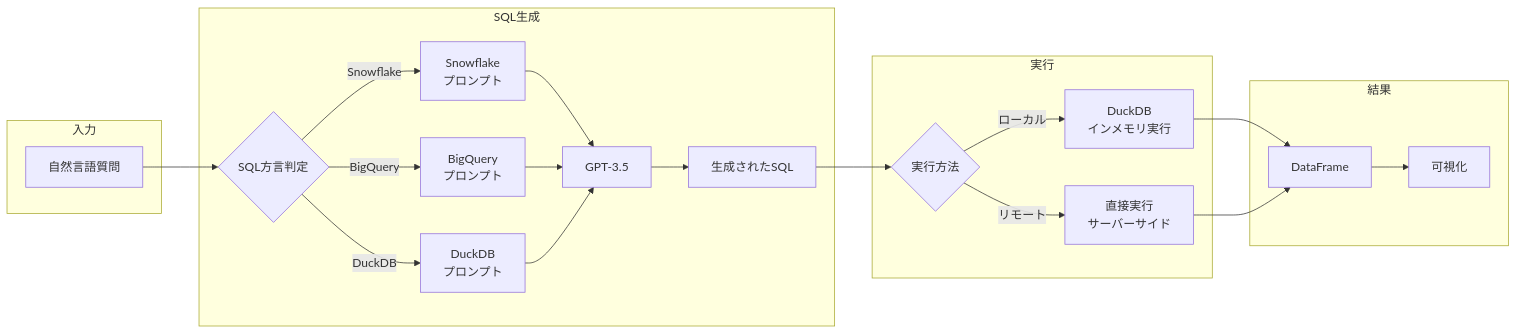
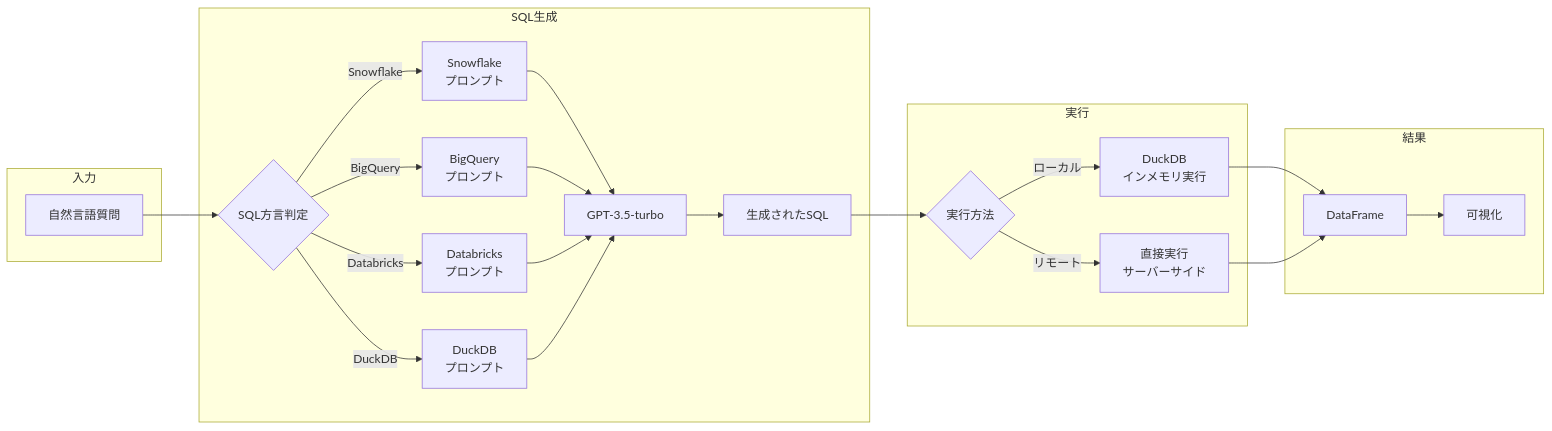
Before and after one commit to RyutoYoda/simple_text2sql_v02: the third of 3 diagrams in architecture/data_flow.md, drawn with Mermaid. The commit also changed 1 other file, not shown here.

Commit message:
アーキテクチャ図を修正: Text2SQLフローを正確に表現
- システム全体図: Text2SQL処理フローを明確化、ローカル処理とAI/MLサービスの連携を図示
- レイヤー構成図: 外部サービス層追加、Query RouterとDuckDBの関係を明確化
- データフロー図: Databricksを追加、GPT-3.5-turboに統一
- 主要な特徴を更新: Text2SQL統合アーキテクチャやアダプティブ実行エンジンの説明を追加

````diff
--- a/architecture/data_flow.md
+++ b/architecture/data_flow.md
@@ -82,31 +82,33 @@
 ```mermaid
 graph LR
     subgraph "入力"
         NL[自然言語質問]
     end
 
     subgraph "SQL生成"
         NL --> Dialect{SQL方言判定}
         Dialect -->|Snowflake| SnowflakePrompt[Snowflake<br/>プロンプト]
         Dialect -->|BigQuery| BigQueryPrompt[BigQuery<br/>プロンプト]
+        Dialect -->|Databricks| DatabricksPrompt[Databricks<br/>プロンプト]
         Dialect -->|DuckDB| DuckDBPrompt[DuckDB<br/>プロンプト]
         
-        SnowflakePrompt --> GPT[GPT-3.5]
+        SnowflakePrompt --> GPT[GPT-3.5-turbo]
         BigQueryPrompt --> GPT
+        DatabricksPrompt --> GPT
         DuckDBPrompt --> GPT
         
         GPT --> SQL[生成されたSQL]
     end
 
     subgraph "実行"
         SQL --> ExecType{実行方法}
         ExecType -->|ローカル| DuckExec[DuckDB<br/>インメモリ実行]
         ExecType -->|リモート| DirectExec[直接実行<br/>サーバーサイド]
     end
 
     subgraph "結果"
         DuckExec --> Result[DataFrame]
         DirectExec --> Result
         Result --> Viz[可視化]
     end
 ```
````
